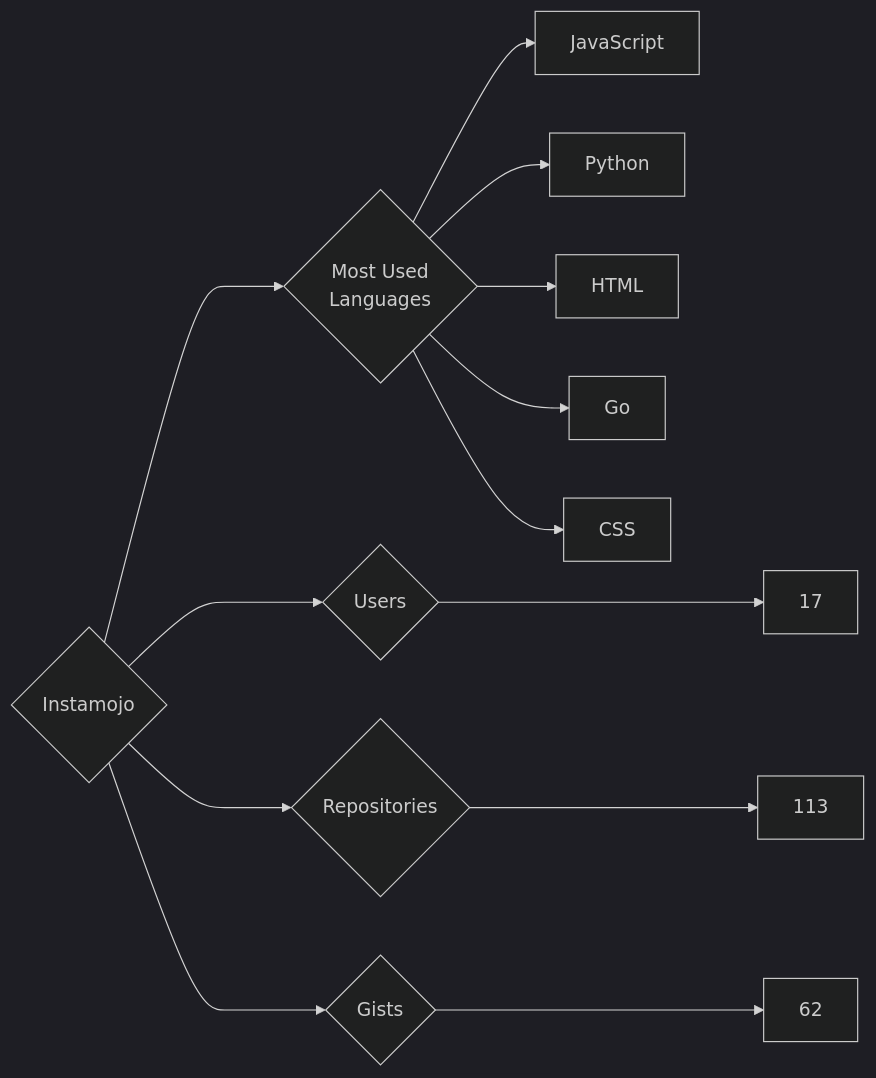
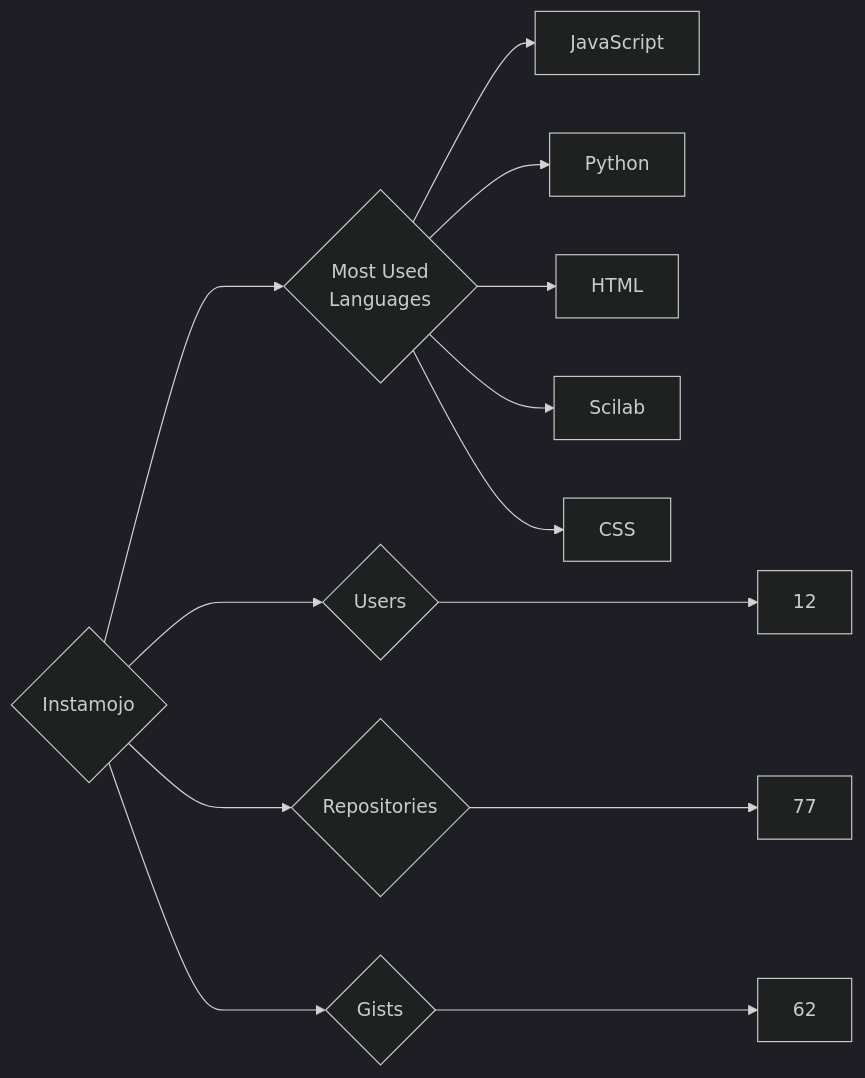
The diagram in targets/Instamojo/README.md (trickest/insiders), drawn with Mermaid (dark theme) before and after one commit. The commit also changed 681 other files, not shown here.

````diff
--- a/targets/Instamojo/README.md
+++ b/targets/Instamojo/README.md
@@ -3,13 +3,13 @@
 ```mermaid
 graph LR
 COMPANY_NAME{Instamojo}
-COMPANY_NAME ---> U{Users} ---> UN[17]
-COMPANY_NAME ---> R{Repositories} ---> RN[113]
+COMPANY_NAME ---> U{Users} ---> UN[12]
+COMPANY_NAME ---> R{Repositories} ---> RN[77]
 COMPANY_NAME ---> G{Gists} ---> GN[62]
 COMPANY_NAME ---> ML{Most Used<br>Languages}
 ML --> JavaScript[JavaScript]
 ML --> Python[Python]
 ML --> HTML[HTML]
-ML --> Go[Go]
+ML --> Scilab[Scilab]
 ML --> CSS[CSS]
 ```
````
